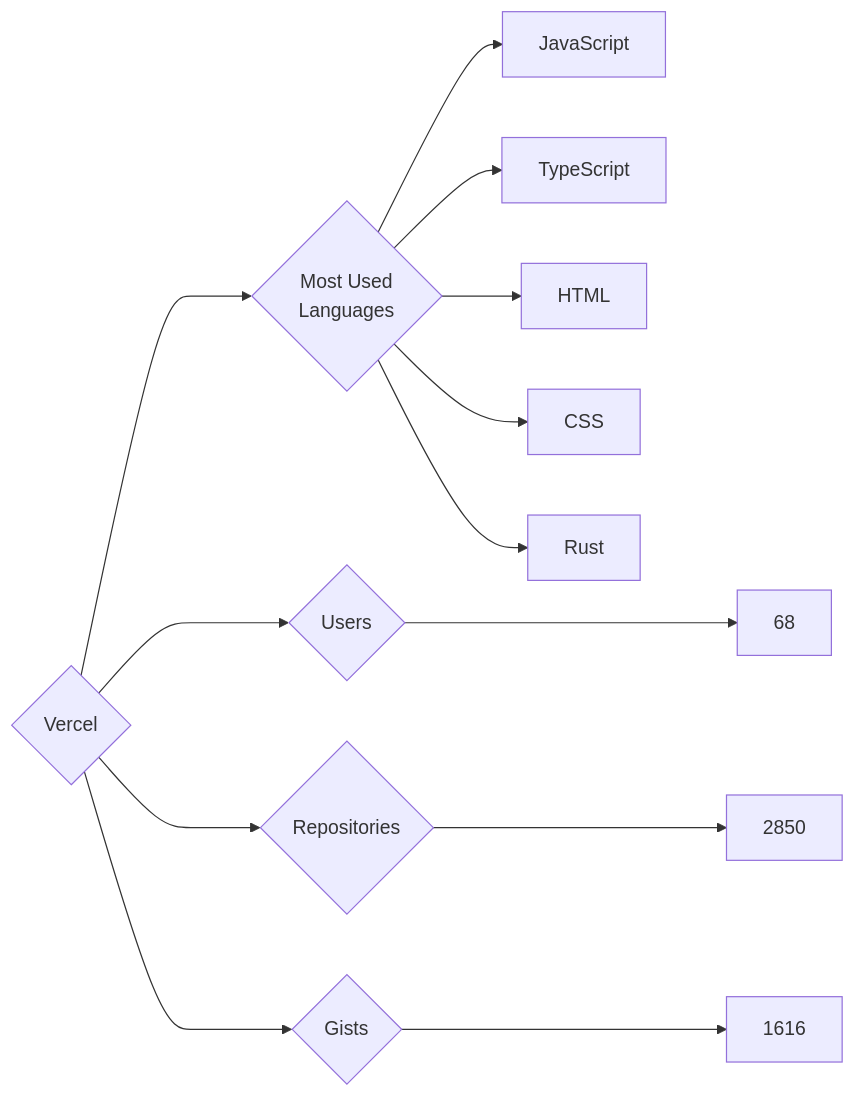
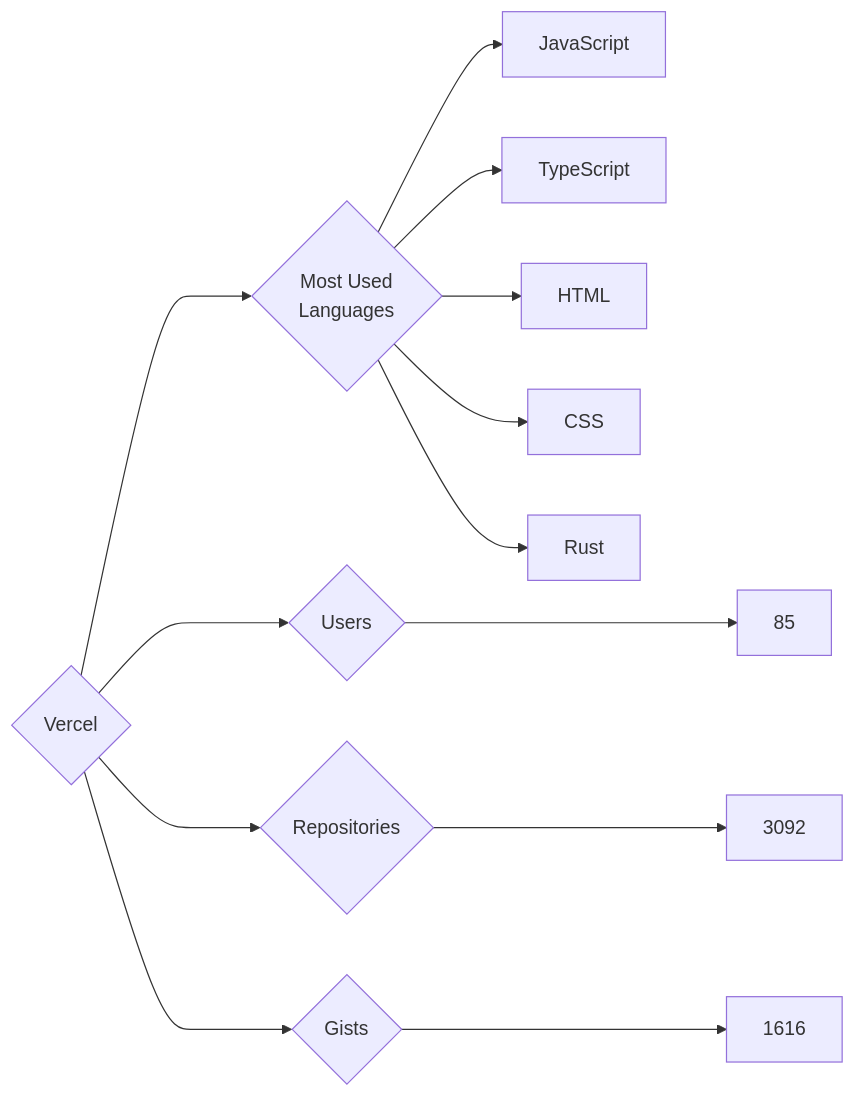
One commit to trickest/insiders changed the diagram in targets/Vercel/README.md. Above: the diagram before and after it, drawn with Mermaid. The commit also changed 770 other files, not shown here.

````diff
--- a/targets/Vercel/README.md
+++ b/targets/Vercel/README.md
@@ -3,13 +3,13 @@
 ```mermaid
 graph LR
 COMPANY_NAME{Vercel}
-COMPANY_NAME ---> U{Users} ---> UN[68]
-COMPANY_NAME ---> R{Repositories} ---> RN[2850]
+COMPANY_NAME ---> U{Users} ---> UN[85]
+COMPANY_NAME ---> R{Repositories} ---> RN[3092]
 COMPANY_NAME ---> G{Gists} ---> GN[1616]
 COMPANY_NAME ---> ML{Most Used<br>Languages}
 ML --> JavaScript[JavaScript]
 ML --> TypeScript[TypeScript]
 ML --> HTML[HTML]
 ML --> CSS[CSS]
 ML --> Rust[Rust]
 ```
````
